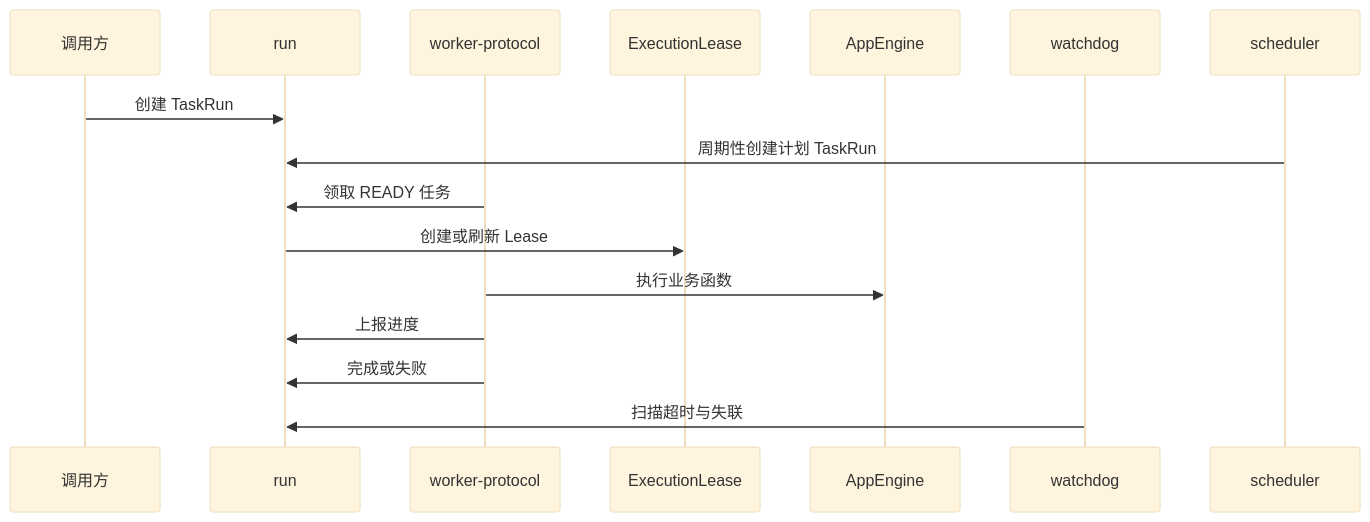
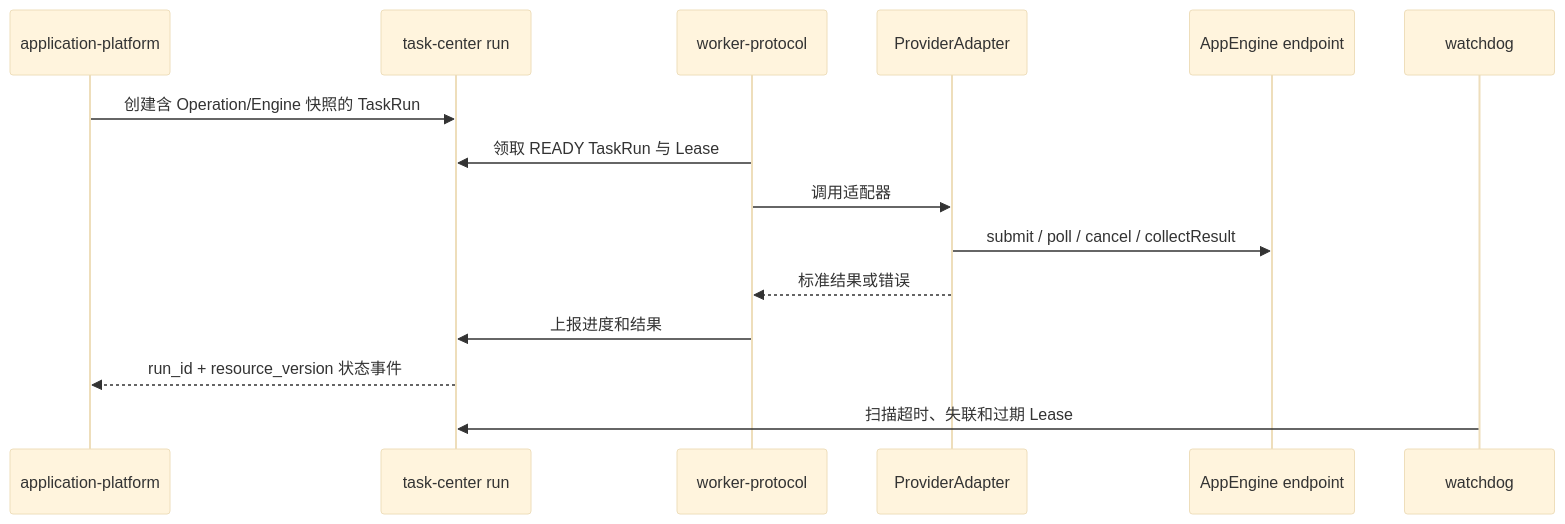
One commit to wangweihong/omnimam-spec changed the diagram in 02_architecture/domains/task-center.md. Above: the diagram before and after it, drawn with Mermaid (base theme). The commit also changed other lines of this file and 14 other files, not shown here.

Commit message:
docs: update application platform/task center

````diff
--- a/02_architecture/domains/task-center.md
+++ b/02_architecture/domains/task-center.md
@@ -31,19 +30,18 @@
 ```mermaid
 sequenceDiagram
-  participant Caller as 调用方
-  participant Run as run
+  participant App as application-platform
+  participant Run as task-center run
   participant Worker as worker-protocol
-  participant Lease as ExecutionLease
-  participant Engine as AppEngine
+  participant Adapter as ProviderAdapter
+  participant Engine as AppEngine endpoint
   participant Watchdog as watchdog
-  participant Scheduler as scheduler
 
-  Caller->>Run: 创建 TaskRun
-  Scheduler->>Run: 周期性创建计划 TaskRun
-  Worker->>Run: 领取 READY 任务
-  Run->>Lease: 创建或刷新 Lease
-  Worker->>Engine: 执行业务函数
-  Worker->>Run: 上报进度
-  Worker->>Run: 完成或失败
-  Watchdog->>Run: 扫描超时与失联
+  App->>Run: 创建含 Operation/Engine 快照的 TaskRun
+  Worker->>Run: 领取 READY TaskRun 与 Lease
+  Worker->>Adapter: 调用适配器
+  Adapter->>Engine: submit / poll / cancel / collectResult
+  Adapter-->>Worker: 标准结果或错误
+  Worker->>Run: 上报进度和结果
+  Run-->>App: run_id + resource_version 状态事件
+  Watchdog->>Run: 扫描超时、失联和过期 Lease
 ```
````
